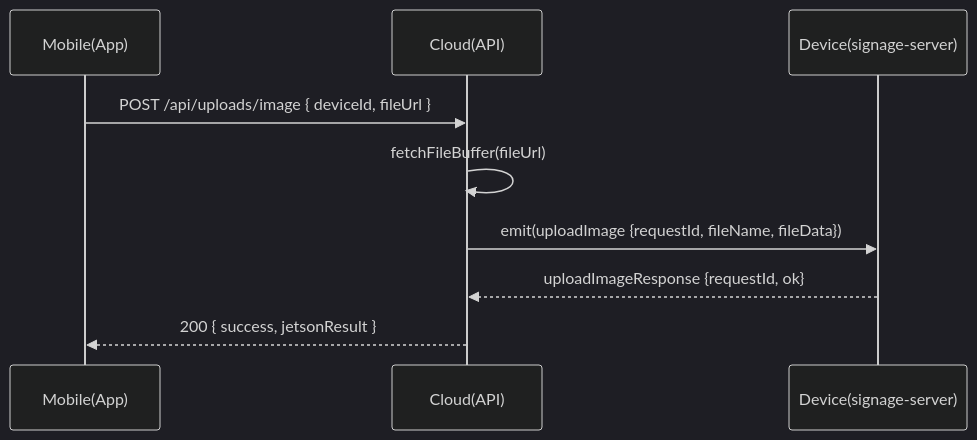
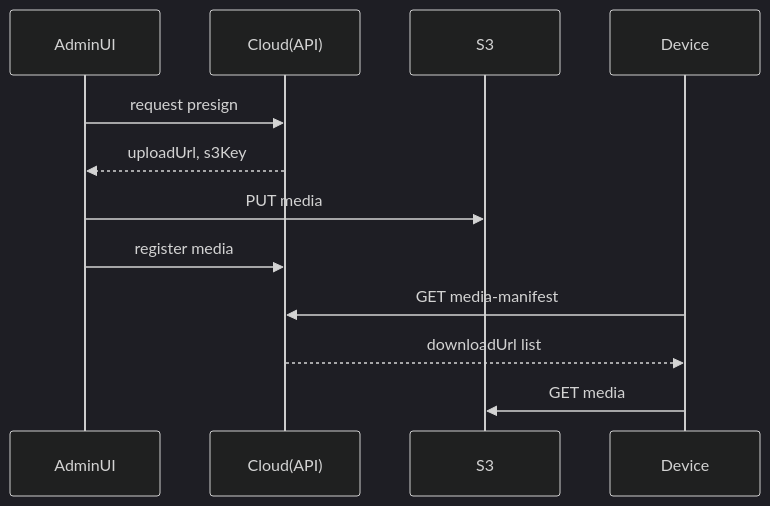
The third of 6 diagrams in docs/architecture/index.md (tstaisyu/xignage-docs), drawn with Mermaid (dark theme) before and after one commit. The commit also changed other lines of this file and 1 other file, not shown here.

First line of the commit message:
docs(architecture): refresh system overview diagrams for cloud-canonical stack

````diff
--- a/docs/architecture/index.md
+++ b/docs/architecture/index.md
@@ -125,12 +137,15 @@
 ```mermaid
 sequenceDiagram
-  participant M as Mobile(App)
+  participant A as AdminUI
   participant C as Cloud(API)
-  participant D as Device(signage-server)
+  participant S as S3
+  participant D as Device
 
-  M->>C: POST /api/uploads/image { deviceId, fileUrl }
-  C->>C: fetchFileBuffer(fileUrl)
-  C->>D: emit(uploadImage {requestId, fileName, fileData})
-  D-->>C: uploadImageResponse {requestId, ok}
-  C-->>M: 200 { success, jetsonResult }
+  A->>C: request presign
+  C-->>A: uploadUrl, s3Key
+  A->>S: PUT media
+  A->>C: register media
+  D->>C: GET media-manifest
+  C-->>D: downloadUrl list
+  D->>S: GET media
 ```
````
